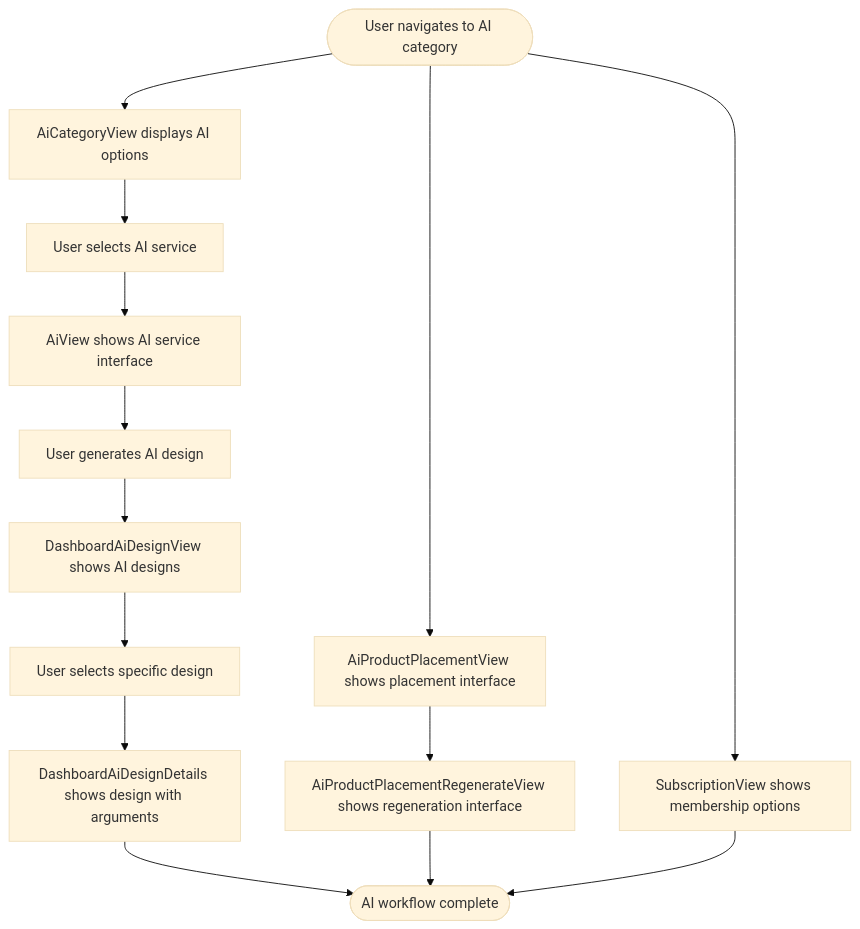
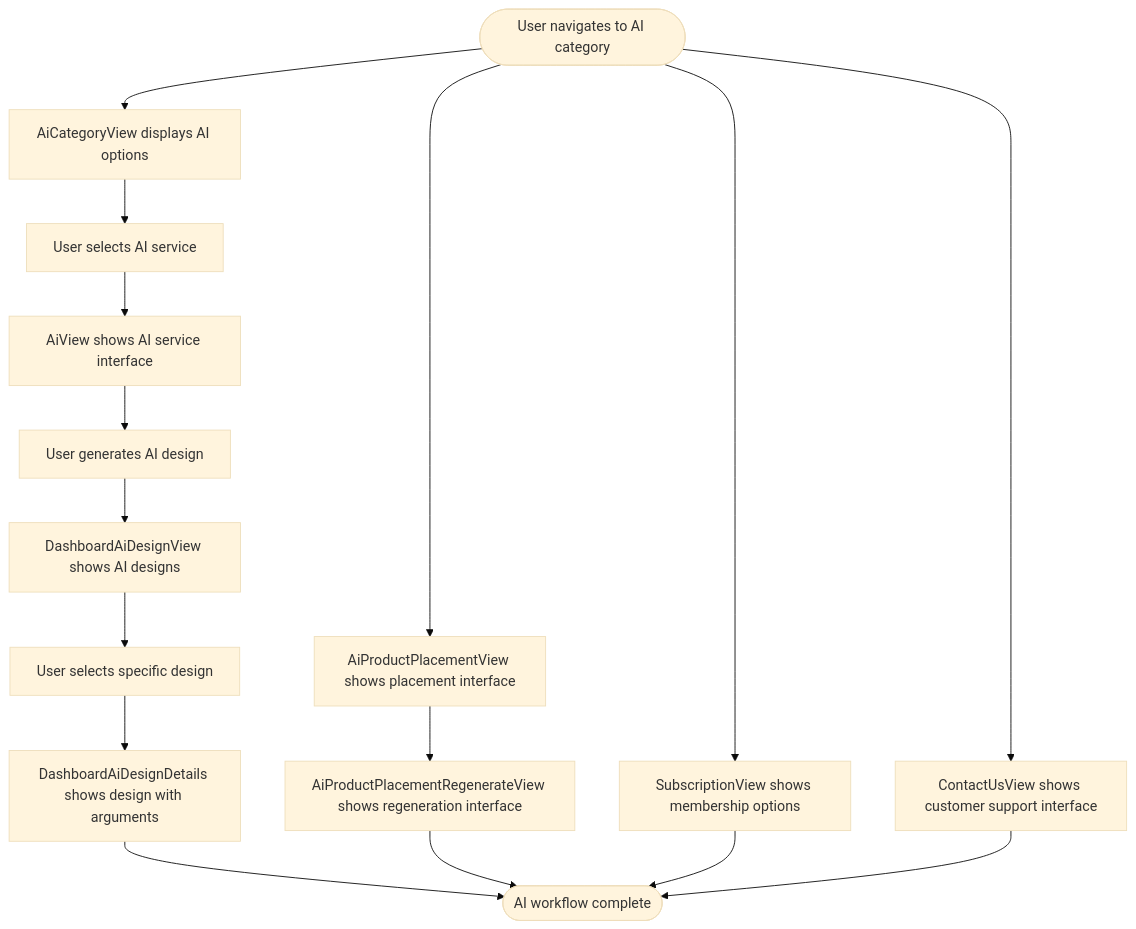
The fifth of 11 diagrams in .qoder/repowiki/en/content/Architecture Overview/Routing and Navigation.md (Ariful3111/FurniGo), drawn with Mermaid (base theme) before and after one commit. The commit also changed other lines of this file and 9 other files, not shown here.

````diff
--- a/.qoder/repowiki/en/content/Architecture Overview/Routing and Navigation.md
+++ b/.qoder/repowiki/en/content/Architecture Overview/Routing and Navigation.md
@@ -340,16 +375,18 @@
 ```mermaid
 flowchart TD
 Start(["User navigates to AI category"]) --> BrowseCategories["AiCategoryView displays AI options"]
 BrowseCategories --> SelectCategory["User selects AI service"]
 SelectCategory --> ViewAIInterface["AiView shows AI service interface"]
 ViewAIInterface --> GenerateDesign["User generates AI design"]
 GenerateDesign --> ViewDashboard["DashboardAiDesignView shows AI designs"]
 ViewDashboard --> SelectDesign["User selects specific design"]
 SelectDesign --> ViewDesignDetails["DashboardAiDesignDetails shows design with arguments"]
 ViewDesignDetails --> End(["AI workflow complete"])
 Start --> ProductPlacement["AiProductPlacementView shows placement interface"]
 ProductPlacement --> Regenerate["AiProductPlacementRegenerateView shows regeneration interface"]
 Regenerate --> End
 Start --> Subscription["SubscriptionView shows membership options"]
 Subscription --> End
+Start --> ContactUs["ContactUsView shows customer support interface"]
+ContactUs --> End
 ```
````
